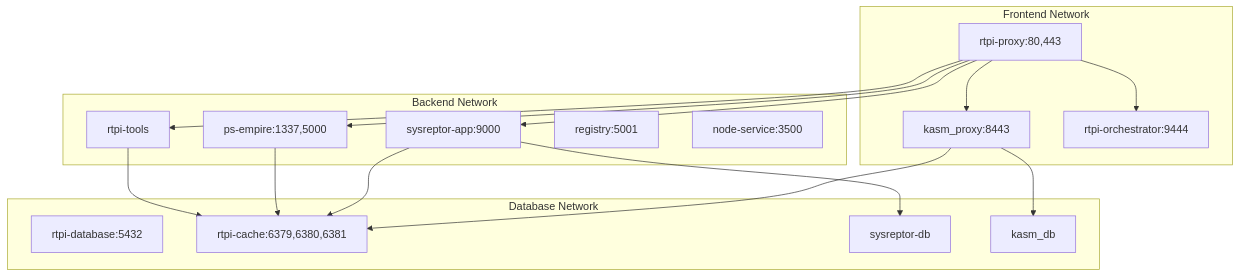
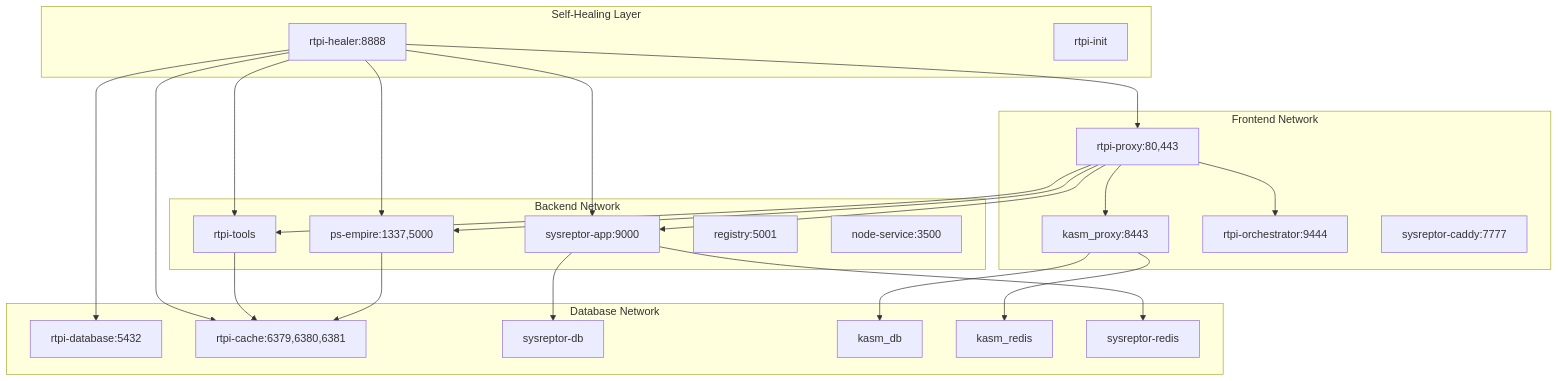
One commit to cmndcntrlcyber/rtpi-pen changed the diagram in README.md. Above: the diagram before and after it, drawn with Mermaid. The commit also changed other lines of this file and 11 other files, not shown here.

````diff
--- a/README.md
+++ b/README.md
@@ -36,36 +37,51 @@
 ```mermaid
 graph TB
+    subgraph "Self-Healing Layer"
+        Healer[rtpi-healer:8888]
+        Init[rtpi-init]
+    end
+    
     subgraph "Frontend Network"
         Proxy[rtpi-proxy:80,443]
         Kasm[kasm_proxy:8443]
         Portainer[rtpi-orchestrator:9444]
+        SysReptor[sysreptor-caddy:7777]
     end
     
     subgraph "Backend Network"
         Tools[rtpi-tools]
         Empire[ps-empire:1337,5000]
-        SysReptor[sysreptor-app:9000]
+        SysApp[sysreptor-app:9000]
         Registry[registry:5001]
         Node[node-service:3500]
     end
     
     subgraph "Database Network"
         DB[rtpi-database:5432]
         Cache[rtpi-cache:6379,6380,6381]
         SysDB[sysreptor-db]
         KasmDB[kasm_db]
+        KasmRedis[kasm_redis]
+        SysRedis[sysreptor-redis]
     end
+    
+    Healer --> Proxy
+    Healer --> Tools
+    Healer --> Empire
+    Healer --> SysApp
+    Healer --> DB
+    Healer --> Cache
     
     Proxy --> Tools
     Proxy --> Empire
-    Proxy --> SysReptor
+    Proxy --> SysApp
     Proxy --> Portainer
     Proxy --> Kasm
     
     Tools --> Cache
     Empire --> Cache
-    SysReptor --> SysDB
-    SysReptor --> Cache
+    SysApp --> SysDB
+    SysApp --> SysRedis
     Kasm --> KasmDB
-    Kasm --> Cache
+    Kasm --> KasmRedis
 ```
````
